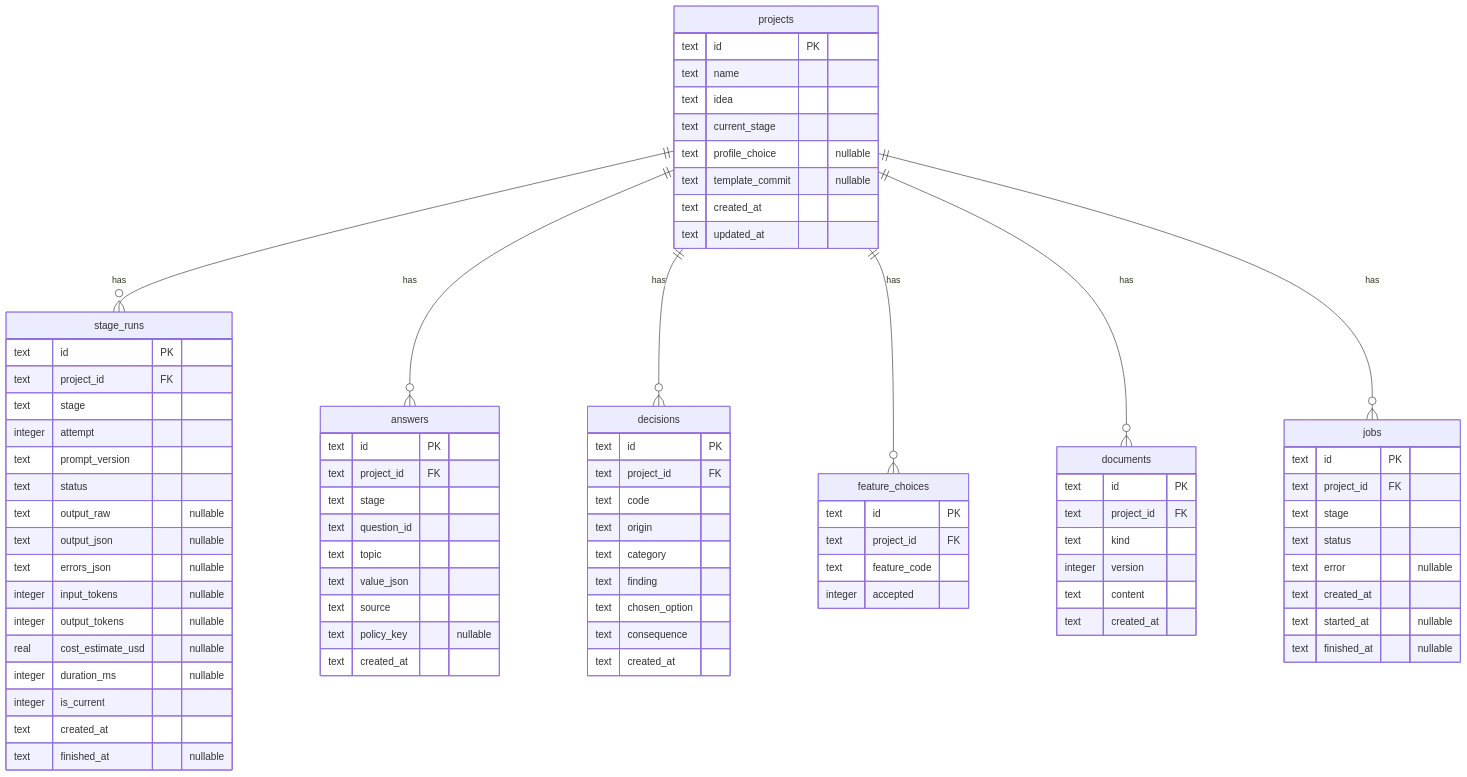
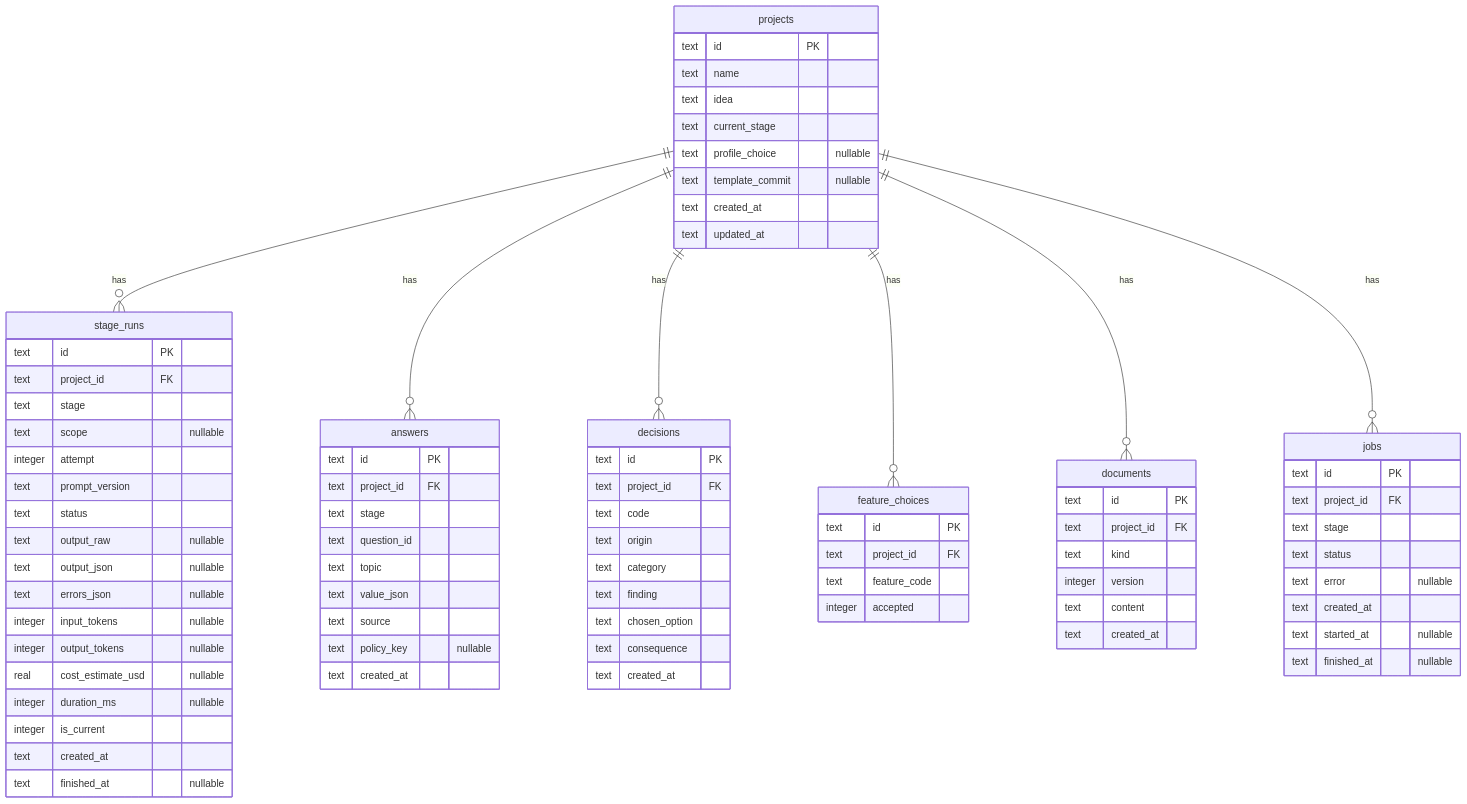
Before and after one commit to Vladeouz/prd-generator: the diagram in docs/PRD.md, drawn with Mermaid. The commit also changed other lines of this file and 1 other file, not shown here.

Commit message:
docs: rencana efisiensi token, streaming, dan flowchart

```diff
--- a/docs/PRD.md
+++ b/docs/PRD.md
@@ -136,6 +146,7 @@
         text id PK
         text project_id FK
         text stage
+        text scope "nullable"
         integer attempt
         text prompt_version
         text status
```
